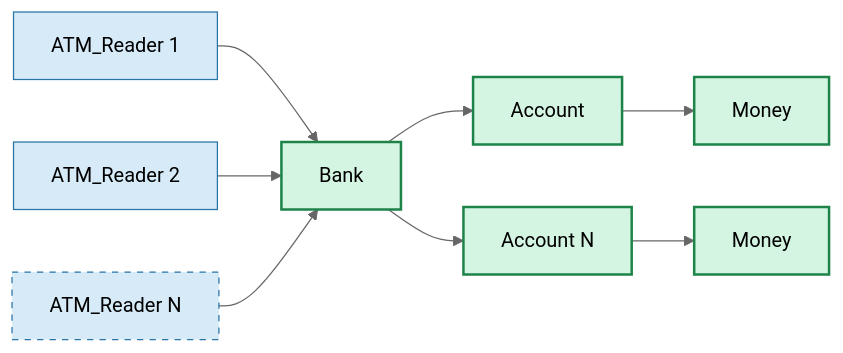
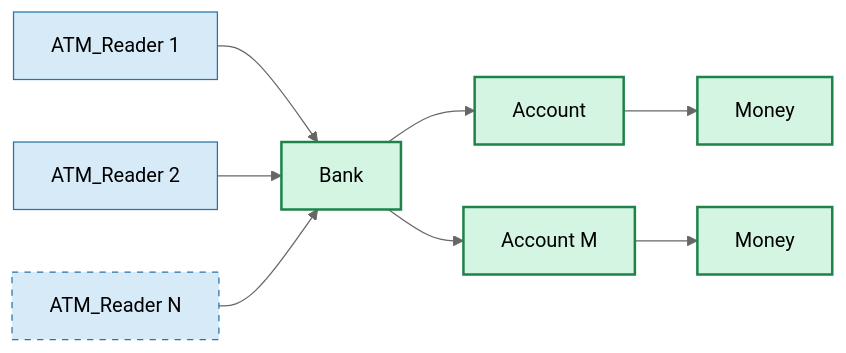
One commit to byui-cse/cse351-student-version changed the second of 2 diagrams in lesson_02/canvas/prove.md. Above: the diagram before and after it, drawn with Mermaid (neutral theme). The commit also changed other lines of this file and 2 other files, not shown here.

````diff
--- a/lesson_02/canvas/prove.md
+++ b/lesson_02/canvas/prove.md
@@ -85,31 +100,31 @@
 ```mermaid
-graph LR
+flowchart LR
     %% Define Nodes
     ATM1[ATM_Reader 1]
     ATM2[ATM_Reader 2]
     ATMN[ATM_Reader N]
     Bank[Bank]
     Account[Account]
-    AccountN[Account N]
+    AccountM[Account M]
     Money1[Money]
     Money2[Money]
 
     %% Define Arrows from each ATM_Reader to the Bank
     ATM1 --> Bank
     ATM2 --> Bank
     ATMN --> Bank
     Bank --> Account
-    Bank --> AccountN
+    Bank --> AccountM
     Account --> Money1
-    AccountN --> Money2
+    AccountM --> Money2
     
     %% Optional Styling
     style ATM1 fill:#D6EAF8,stroke:#2874A6,color:#000000
     style ATM2 fill:#D6EAF8,stroke:#2874A6,color:#000000
     style ATMN fill:#D6EAF8,stroke:#2874A6,stroke-dasharray: 5 5,color:#000000
     style Bank fill:#D5F5E3,stroke:#1D8348,stroke-width:2px,color:#000000
     style Account fill:#D5F5E3,stroke:#1D8348,stroke-width:2px,color:#000000
-    style AccountN fill:#D5F5E3,stroke:#1D8348,stroke-width:2px,color:#000000
+    style AccountM fill:#D5F5E3,stroke:#1D8348,stroke-width:2px,color:#000000
     style Money1 fill:#D5F5E3,stroke:#1D8348,stroke-width:2px,color:#000000
     style Money2 fill:#D5F5E3,stroke:#1D8348,stroke-width:2px,color:#000000
 ```
````
